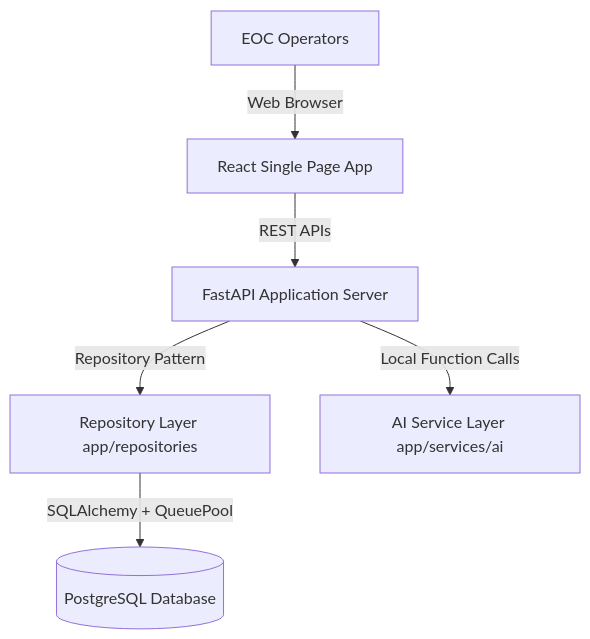
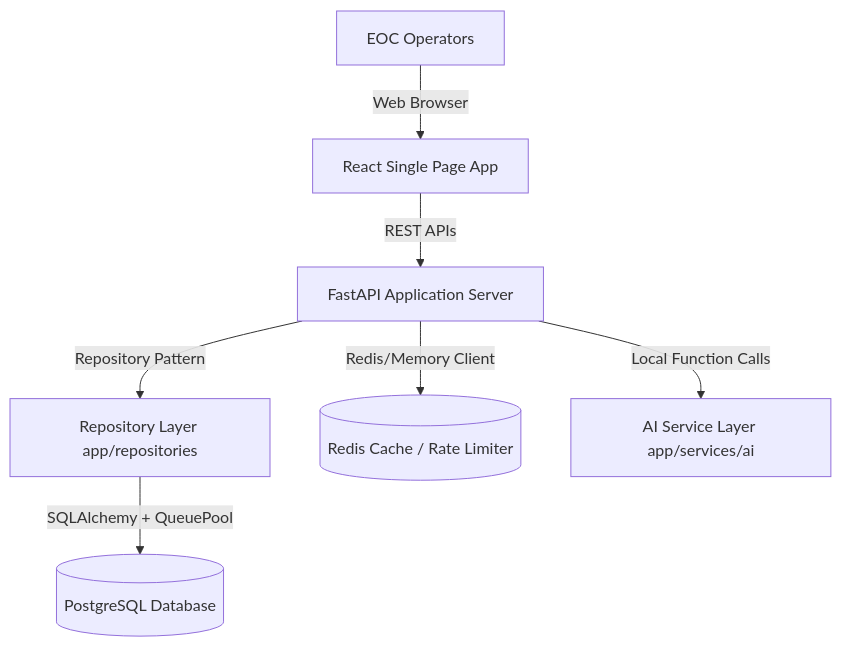
Before and after one commit to anshsingh004/AI-Disaster-Intelligence-Platform: the diagram in PROJECT_CONTEXT.md, drawn with Mermaid. The commit also changed other lines of this file, not shown here.

````diff
--- a/PROJECT_CONTEXT.md
+++ b/PROJECT_CONTEXT.md
@@ -22,8 +22,9 @@
 ```mermaid
 graph TD
     User[EOC Operators] -->|Web Browser| Frontend[React Single Page App]
     Frontend -->|REST APIs| Backend[FastAPI Application Server]
     Backend -->|Repository Pattern| Repos[Repository Layer app/repositories]
     Repos -->|SQLAlchemy + QueuePool| DB[(PostgreSQL Database)]
+    Backend -->|Redis/Memory Client| Cache[(Redis Cache / Rate Limiter)]
     Backend -->|Local Function Calls| ML[AI Service Layer app/services/ai]
 ```
````
